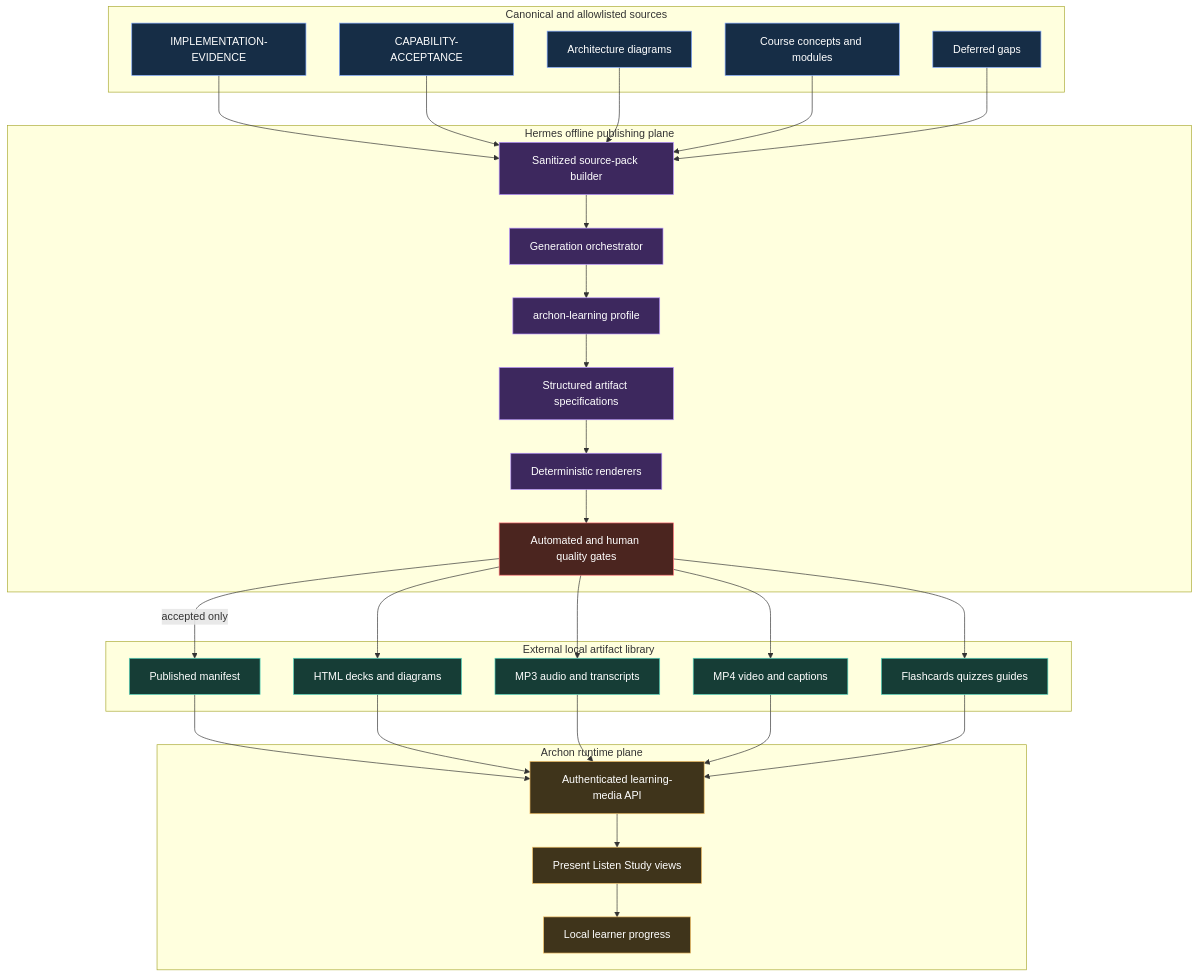
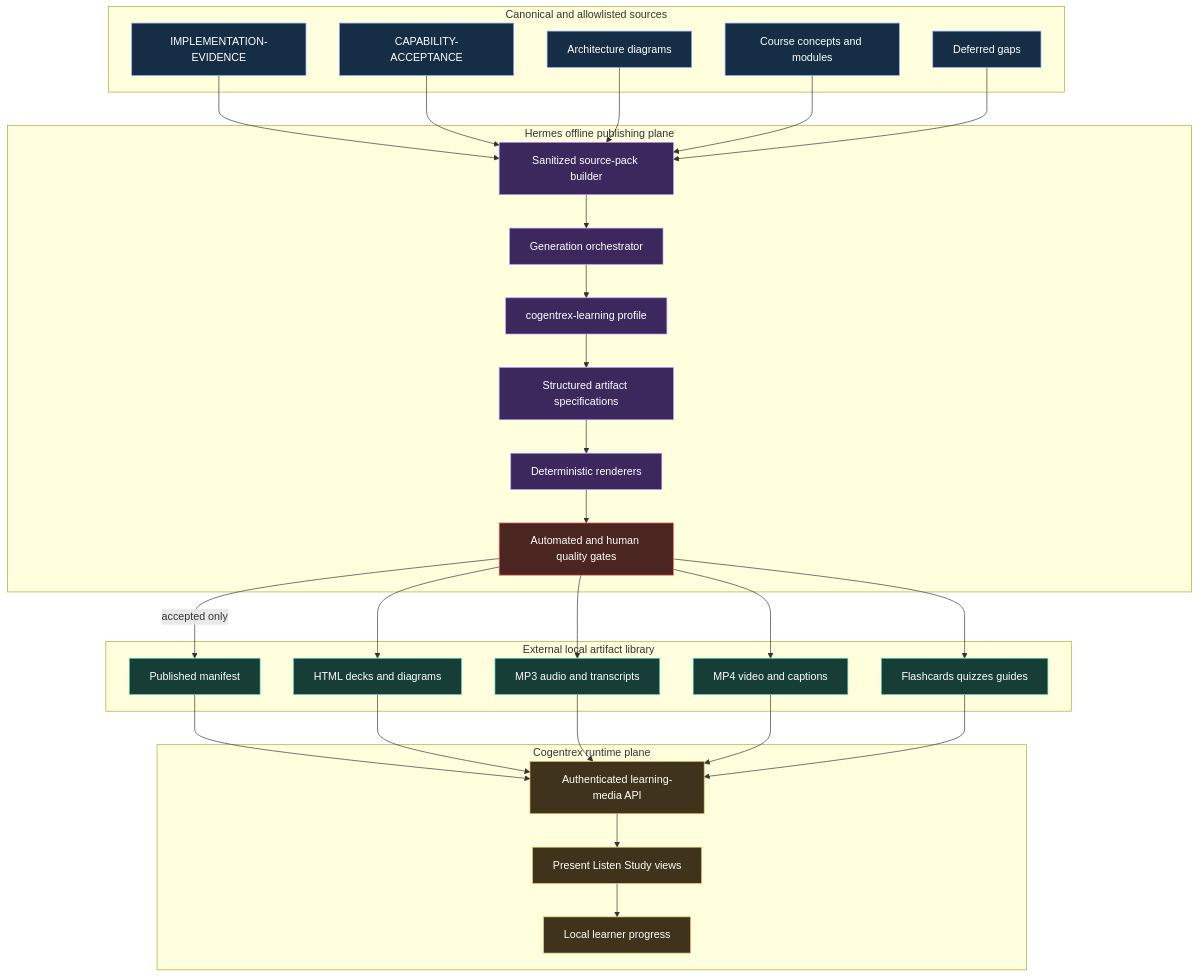
One commit to levalencia/archon changed the second of 14 diagrams in .hermes/plans/2026-09-04_140930-hermes-native-visual-learning-studio.md. Above: the diagram before and after it, drawn with Mermaid. The commit also changed other lines of this file and 414 other files, not shown here.

First line of the commit message:
feat: rebrand Archon as Cogentrex

````diff
--- a/.hermes/plans/2026-09-04_140930-hermes-native-visual-learning-studio.md
+++ b/.hermes/plans/2026-09-04_140930-hermes-native-visual-learning-studio.md
@@ -105,67 +105,67 @@
 ```mermaid
 flowchart TB
     subgraph Sources[Canonical and allowlisted sources]
         IE[IMPLEMENTATION-EVIDENCE]
         CA[CAPABILITY-ACCEPTANCE]
         AD[Architecture diagrams]
         CC[Course concepts and modules]
         DG[Deferred gaps]
     end
 
     subgraph Publisher[Hermes offline publishing plane]
         SP[Sanitized source-pack builder]
         OR[Generation orchestrator]
-        HS[archon-learning profile]
+        HS[cogentrex-learning profile]
         IR[Structured artifact specifications]
         RV[Deterministic renderers]
         QA[Automated and human quality gates]
     end
 
     subgraph Library[External local artifact library]
         MF[Published manifest]
         HM[HTML decks and diagrams]
         AU[MP3 audio and transcripts]
         VD[MP4 video and captions]
         ST[Flashcards quizzes guides]
     end
 
-    subgraph Runtime[Archon runtime plane]
+    subgraph Runtime[Cogentrex runtime plane]
         API[Authenticated learning-media API]
         UI[Present Listen Study views]
         PR[Local learner progress]
     end
 
     IE --> SP
     CA --> SP
     AD --> SP
     CC --> SP
     DG --> SP
     SP --> OR
     OR --> HS
     HS --> IR
     IR --> RV
     RV --> QA
     QA -->|accepted only| MF
     QA --> HM
     QA --> AU
     QA --> VD
     QA --> ST
     MF --> API
     HM --> API
     AU --> API
     VD --> API
     ST --> API
     API --> UI
     UI --> PR
 
     classDef source fill:#162d46,stroke:#7fa7ff,color:#fff
     classDef build fill:#3d285e,stroke:#b793ff,color:#fff
     classDef gate fill:#4b251f,stroke:#ff6b72,color:#fff
     classDef store fill:#163d36,stroke:#55d6be,color:#fff
     classDef runtime fill:#3f341b,stroke:#f0bd62,color:#fff
     class IE,CA,AD,CC,DG source
     class SP,OR,HS,IR,RV build
     class QA gate
     class MF,HM,AU,VD,ST store
     class API,UI,PR runtime
 ```
````
